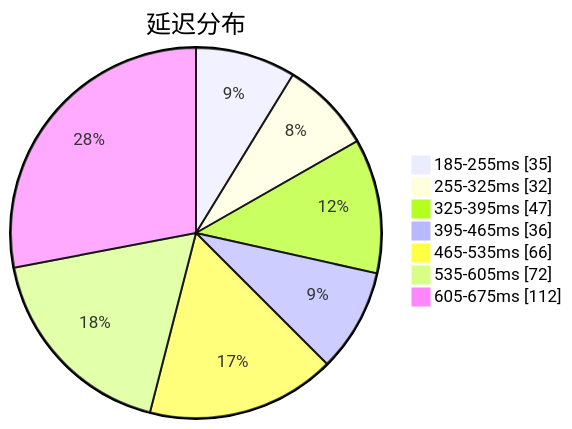
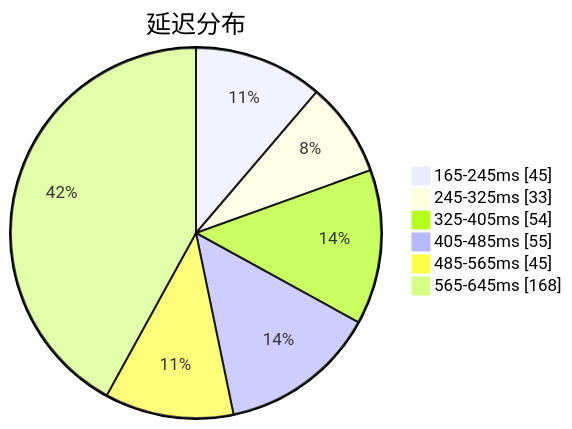
The first of 3 diagrams in subs/statistics/tested_within.md (qjlxg/airport), drawn with Mermaid before and after one commit. The commit also changed other lines of this file and 2 other files, not shown here.

````diff
--- a/subs/statistics/tested_within.md
+++ b/subs/statistics/tested_within.md
@@ -2,11 +2,10 @@
 ```mermaid
 pie showData
 title 延迟分布
-"185-255ms" : 35
-"255-325ms" : 32
-"325-395ms" : 47
-"395-465ms" : 36
-"465-535ms" : 66
-"535-605ms" : 72
-"605-675ms" : 112
+"165-245ms" : 45
+"245-325ms" : 33
+"325-405ms" : 54
+"405-485ms" : 55
+"485-565ms" : 45
+"565-645ms" : 168
 ```
````
